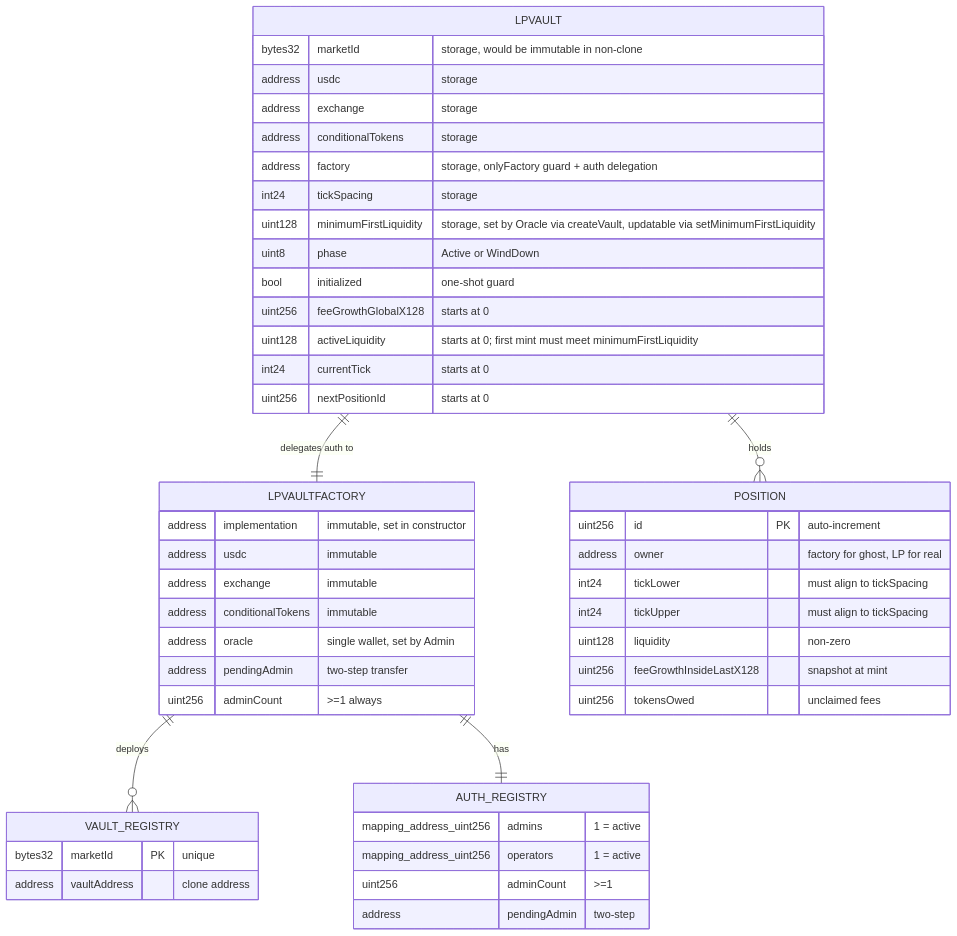
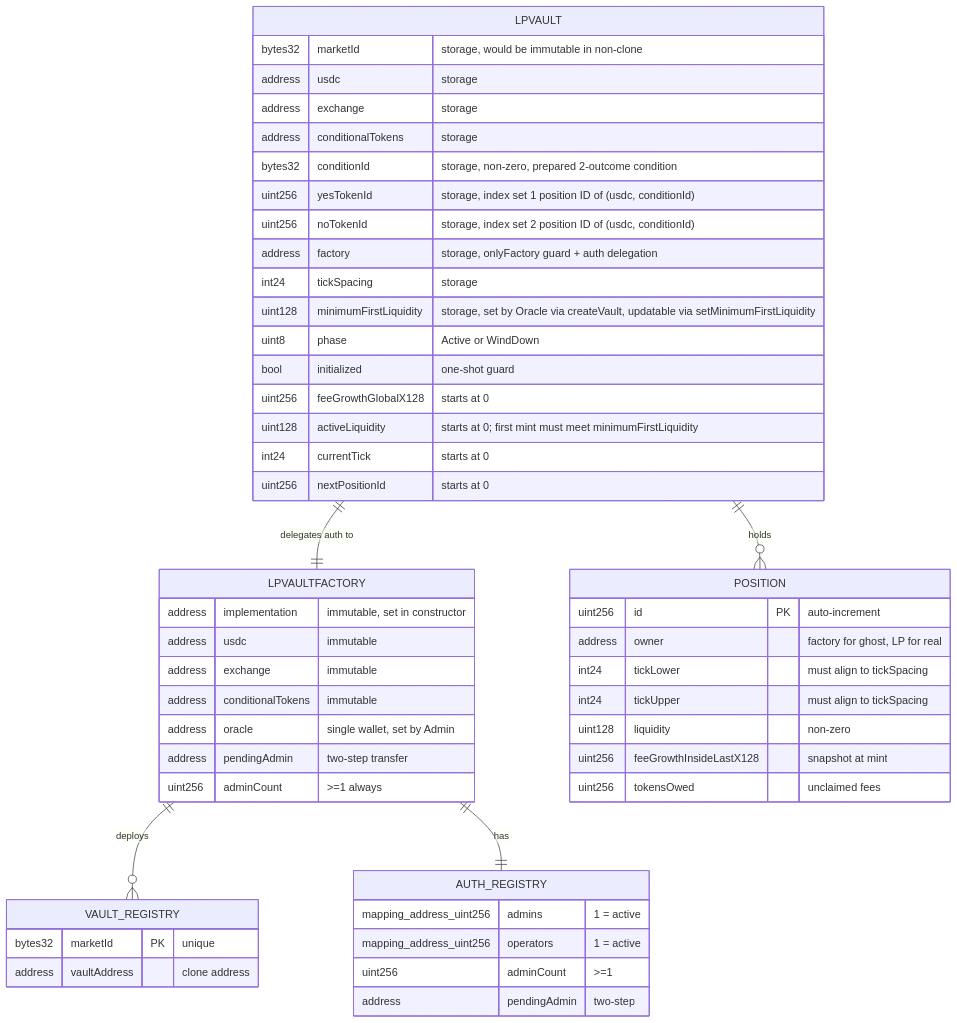
One commit to ProphetMarket/lp-vaults changed the third of 4 diagrams in specs/features/contracts/FEAT-REPZ-deploy-lp-vault-for-a-market/ARCHITECTURE.md. Above: the diagram before and after it, drawn with Mermaid. The commit also changed other lines of this file and 10 other files, not shown here.

First line of the commit message:
spec (vault): Specify the outcome-token identity

````diff
--- a/specs/features/contracts/FEAT-REPZ-deploy-lp-vault-for-a-market/ARCHITECTURE.md
+++ b/specs/features/contracts/FEAT-REPZ-deploy-lp-vault-for-a-market/ARCHITECTURE.md
@@ -62,50 +64,53 @@
 ```mermaid
 erDiagram
     LPVAULTFACTORY {
         address implementation "immutable, set in constructor"
         address usdc "immutable"
         address exchange "immutable"
         address conditionalTokens "immutable"
         address oracle "single wallet, set by Admin"
         address pendingAdmin "two-step transfer"
         uint256 adminCount ">=1 always"
     }
     LPVAULTFACTORY ||--o{ VAULT_REGISTRY : "deploys"
     VAULT_REGISTRY {
         bytes32 marketId PK "unique"
         address vaultAddress "clone address"
     }
     LPVAULT {
         bytes32 marketId "storage, would be immutable in non-clone"
         address usdc "storage"
         address exchange "storage"
         address conditionalTokens "storage"
+        bytes32 conditionId "storage, non-zero, prepared 2-outcome condition"
+        uint256 yesTokenId "storage, index set 1 position ID of (usdc, conditionId)"
+        uint256 noTokenId "storage, index set 2 position ID of (usdc, conditionId)"
         address factory "storage, onlyFactory guard + auth delegation"
         int24 tickSpacing "storage"
         uint128 minimumFirstLiquidity "storage, set by Oracle via createVault, updatable via setMinimumFirstLiquidity"
         uint8 phase "Active or WindDown"
         bool initialized "one-shot guard"
         uint256 feeGrowthGlobalX128 "starts at 0"
         uint128 activeLiquidity "starts at 0; first mint must meet minimumFirstLiquidity"
         int24 currentTick "starts at 0"
         uint256 nextPositionId "starts at 0"
     }
     LPVAULT ||--o{ POSITION : "holds"
     POSITION {
         uint256 id PK "auto-increment"
         address owner "factory for ghost, LP for real"
         int24 tickLower "must align to tickSpacing"
         int24 tickUpper "must align to tickSpacing"
         uint128 liquidity "non-zero"
         uint256 feeGrowthInsideLastX128 "snapshot at mint"
         uint256 tokensOwed "unclaimed fees"
     }
     AUTH_REGISTRY {
         mapping_address_uint256 admins "1 = active"
         mapping_address_uint256 operators "1 = active"
         uint256 adminCount ">=1"
         address pendingAdmin "two-step"
     }
     LPVAULTFACTORY ||--|| AUTH_REGISTRY : "has"
     LPVAULT ||--|| LPVAULTFACTORY : "delegates auth to"
 ```
````
